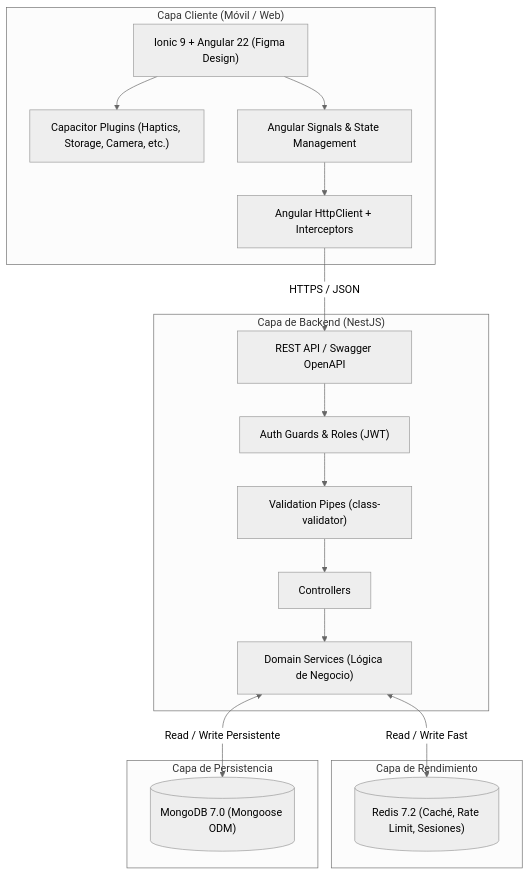
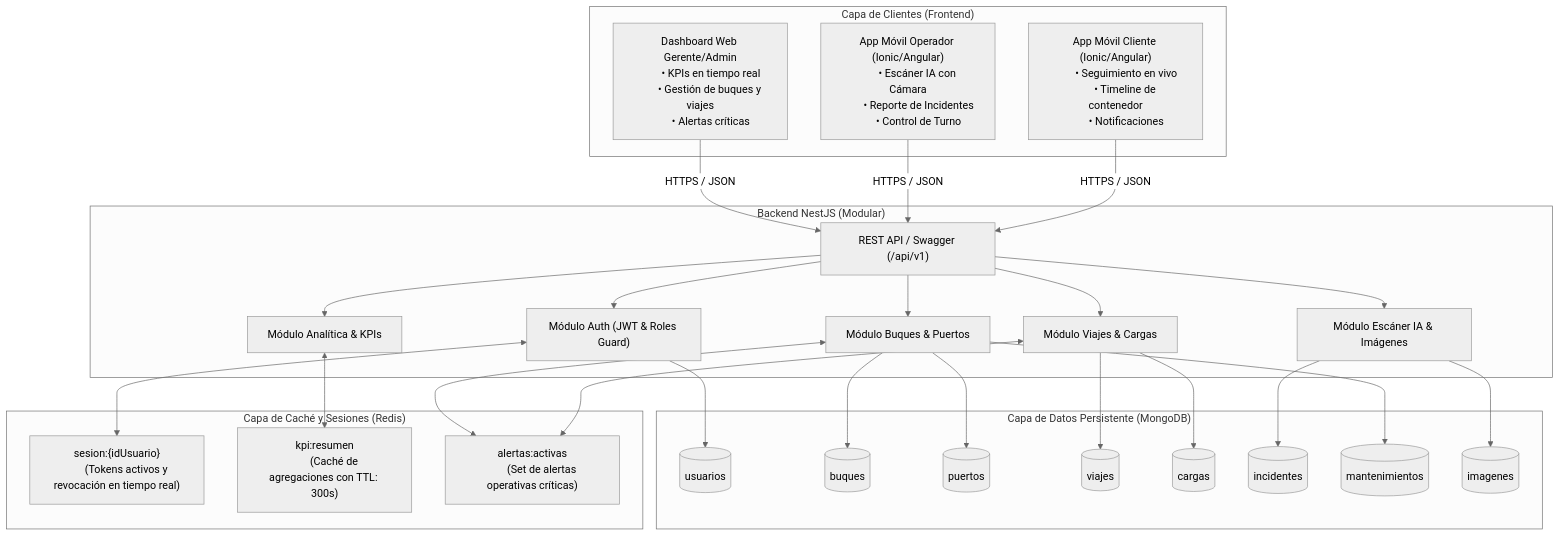
Before and after one commit to JhonDCR/Naviport: the diagram in ARCHITECTURE.md, drawn with Mermaid (neutral theme). The commit also changed other lines of this file and 5 other files, not shown here.

Commit message:
docs: enrich architecture, design system, api contracts and figma tokens from OceanTrack design

````diff
--- a/ARCHITECTURE.md
+++ b/ARCHITECTURE.md
@@ -9,37 +9,60 @@
 ```mermaid
 flowchart TD
-    subgraph Cliente ["Capa Cliente (Móvil / Web)"]
-        UI["Ionic 9 + Angular 22 (Figma Design)"]
-        Capacitor["Capacitor Plugins (Haptics, Storage, Camera, etc.)"]
-        Signals["Angular Signals & State Management"]
-        HTTPClient["Angular HttpClient + Interceptors"]
-        UI --> Signals
-        Signals --> HTTPClient
-        UI --> Capacitor
+    subgraph Clientes ["Capa de Clientes (Frontend)"]
+        MobileClient["App Móvil Cliente (Ionic/Angular)
+        • Seguimiento en vivo
+        • Timeline de contenedor
+        • Notificaciones"]
+        
+        MobileOperator["App Móvil Operador (Ionic/Angular)
+        • Escáner IA con Cámara
+        • Reporte de Incidentes
+        • Control de Turno"]
+
+        WebManager["Dashboard Web Gerente/Admin
+        • KPIs en tiempo real
+        • Gestión de buques y viajes
+        • Alertas críticas"]
     end
 
-    subgraph API ["Capa de Backend (NestJS)"]
-        Gateway["REST API / Swagger OpenAPI"]
-        Guards["Auth Guards & Roles (JWT)"]
-        Pipes["Validation Pipes (class-validator)"]
-        Controllers["Controllers"]
-        Services["Domain Services (Lógica de Negocio)"]
-        
-        Gateway --> Guards
-        Guards --> Pipes
-        Pipes --> Controllers
-        Controllers --> Services
+    subgraph API ["Backend NestJS (Modular)"]
+        Gateway["REST API / Swagger (/api/v1)"]
+        AuthModule["Módulo Auth (JWT & Roles Guard)"]
+        TrackingModule["Módulo Viajes & Cargas"]
+        ScannerModule["Módulo Escáner IA & Imágenes"]
+        FleetModule["Módulo Buques & Puertos"]
+        KPIModule["Módulo Analítica & KPIs"]
     end
 
-    subgraph Cache ["Capa de Rendimiento"]
-        Redis[("Redis 7.2 (Caché, Rate Limit, Sesiones)")]
+    subgraph FastStorage ["Capa de Caché y Sesiones (Redis)"]
+        RedisSession["sesion:{idUsuario}
+        (Tokens activos y revocación en tiempo real)"]
+        RedisKPI["kpi:resumen
+        (Caché de agregaciones con TTL: 300s)"]
+        RedisAlerts["alertas:activas
+        (Set de alertas operativas críticas)"]
     end
 
-    subgraph Persistencia ["Capa de Persistencia"]
-        MongoDB[("MongoDB 7.0 (Mongoose ODM)")]
+    subgraph Persistencia ["Capa de Datos Persistente (MongoDB)"]
+        MongoUsers[("usuarios")]
+        MongoShips[("buques")]
+        MongoPorts[("puertos")]
+        MongoTrips[("viajes")]
+        MongoCargo[("cargas")]
+        MongoIncidents[("incidentes")]
+        MongoMaintenance[("mantenimientos")]
+        MongoImages[("imagenes")]
     end
 
-    HTTPClient -->|HTTPS / JSON| Gateway
-    Services <-->|Read / Write Fast| Redis
-    Services <-->|Read / Write Persistente| MongoDB
+    MobileClient & MobileOperator & WebManager -->|HTTPS / JSON| Gateway
+    Gateway --> AuthModule & TrackingModule & ScannerModule & FleetModule & KPIModule
+    
+    AuthModule <--> RedisSession
+    KPIModule <--> RedisKPI
+    TrackingModule & FleetModule <--> RedisAlerts
+
+    TrackingModule --> MongoTrips & MongoCargo
+    FleetModule --> MongoShips & MongoPorts & MongoMaintenance
+    ScannerModule --> MongoImages & MongoIncidents
+    AuthModule --> MongoUsers
 ```
````
